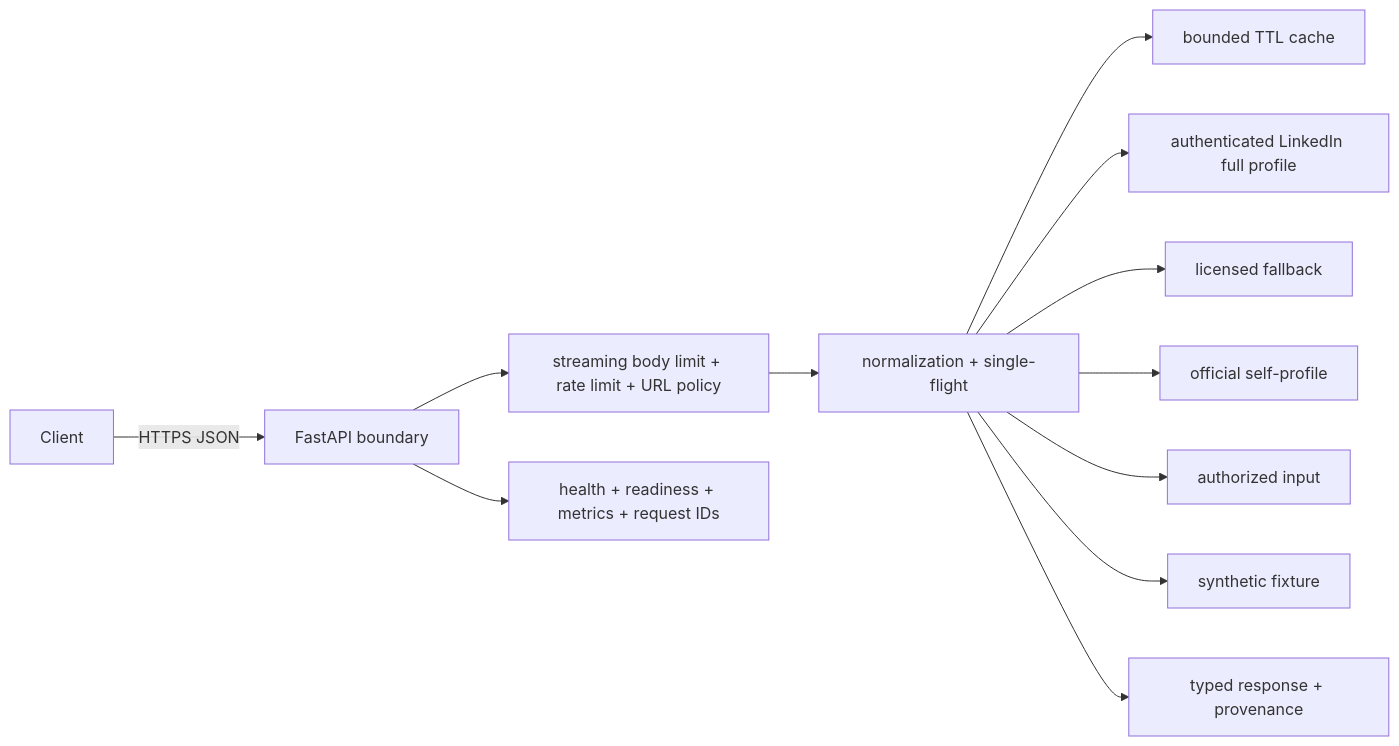
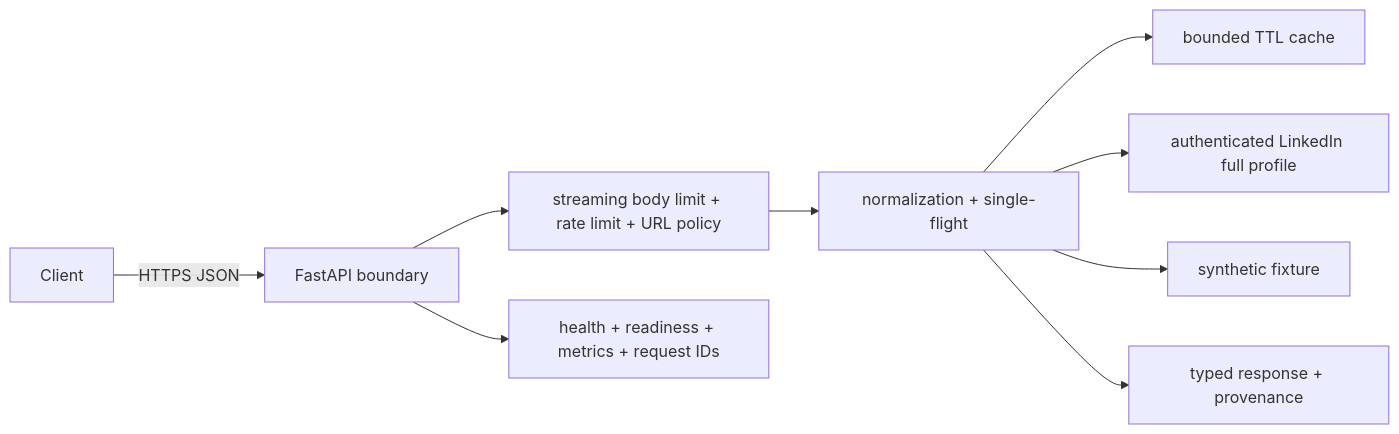
Before and after one commit to RitwijParmar/ProfileProof: the diagram in README.md, drawn with Mermaid. The commit also changed other lines of this file and 19 other files, not shown here.

````diff
--- a/README.md
+++ b/README.md
@@ -53,14 +51,11 @@
 ```mermaid
 flowchart LR
   Client -->|HTTPS JSON| API[FastAPI boundary]
   API --> Guard[streaming body limit + rate limit + URL policy]
   Guard --> Service[normalization + single-flight]
   Service --> Cache[bounded TTL cache]
   Service --> Voyager[authenticated LinkedIn full profile]
-  Service --> PDL[licensed fallback]
-  Service --> OIDC[official self-profile]
-  Service --> Consent[authorized input]
   Service --> Demo[synthetic fixture]
   Service --> Schema[typed response + provenance]
   API --> Ops[health + readiness + metrics + request IDs]
 ```
````
